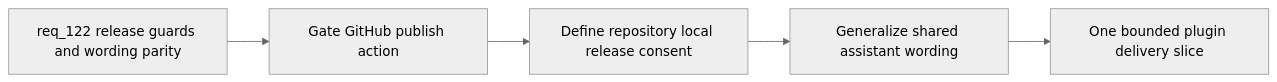
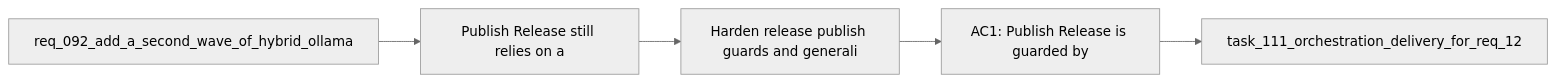
One commit to AlexAgo83/logics-manager changed the diagram in logics/backlog/item_218_harden_release_publish_guards_and_generalize_codex_specific_plugin_surfaces_for_claude_parity.md. Above: the diagram before and after it, drawn with Mermaid (neutral theme). The commit also changed other lines of this file and 481 other files, not shown here.

````diff
--- a/logics/backlog/item_218_harden_release_publish_guards_and_generalize_codex_specific_plugin_surfaces_for_claude_parity.md
+++ b/logics/backlog/item_218_harden_release_publish_guards_and_generalize_codex_specific_plugin_surfaces_for_claude_parity.md
@@ -31,9 +31,9 @@
 ```mermaid
 %% logics-kind: backlog
 %% logics-signature: backlog|harden-release-publish-guards-and-genera|req-092-add-a-second-wave-of-hybrid-olla|publish-release-still-relies-on-a|ac1-publish-release-is-guarded-by
 flowchart LR
-    Request[req_122 release guards and wording parity] --> Guard[Gate GitHub publish action]
-    Guard --> Consent[Define repository local release consent]
-    Consent --> Wording[Generalize shared assistant wording]
-    Wording --> Delivery[One bounded plugin delivery slice]
+    Request[req_092_add_a_second_wave_of_hybrid_ollama] --> Problem[Publish Release still relies on a]
+    Problem --> Scope[Harden release publish guards and generali]
+    Scope --> Acceptance[AC1: Publish Release is guarded by]
+    Acceptance --> Tasks[task_111_orchestration_delivery_for_req_12]
 ```
````
